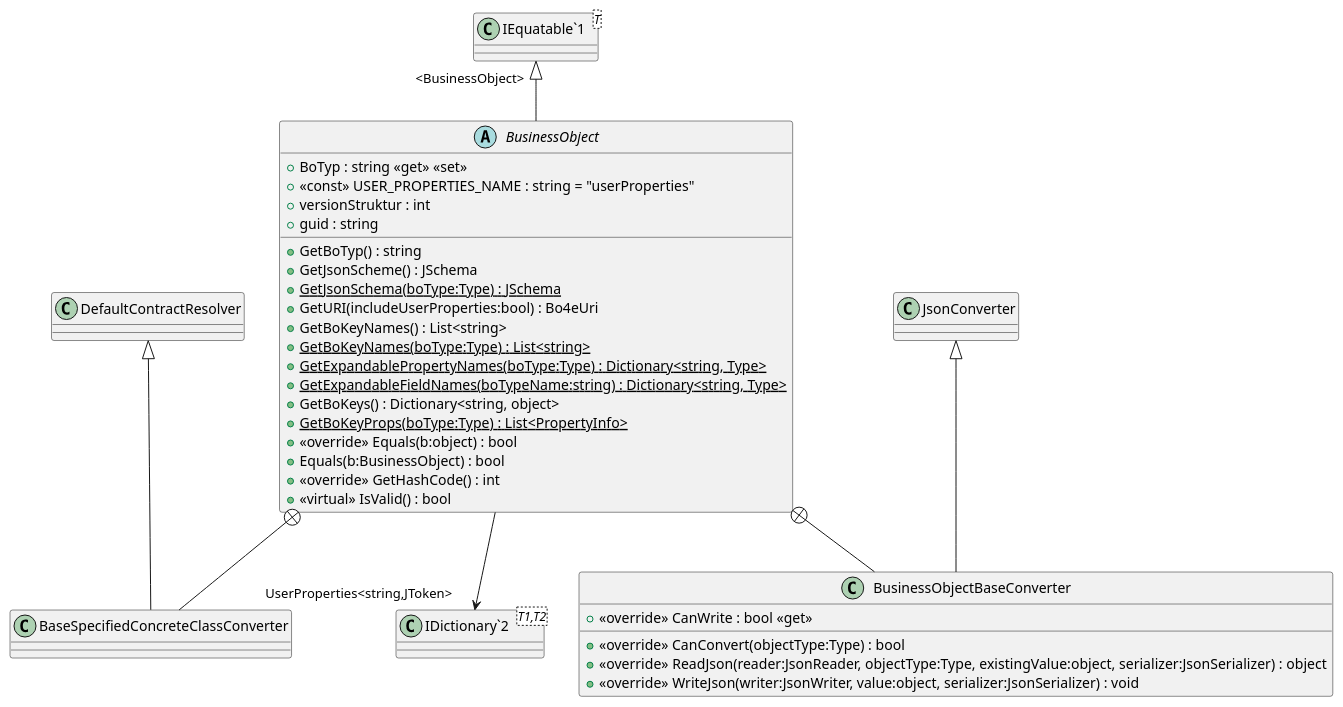
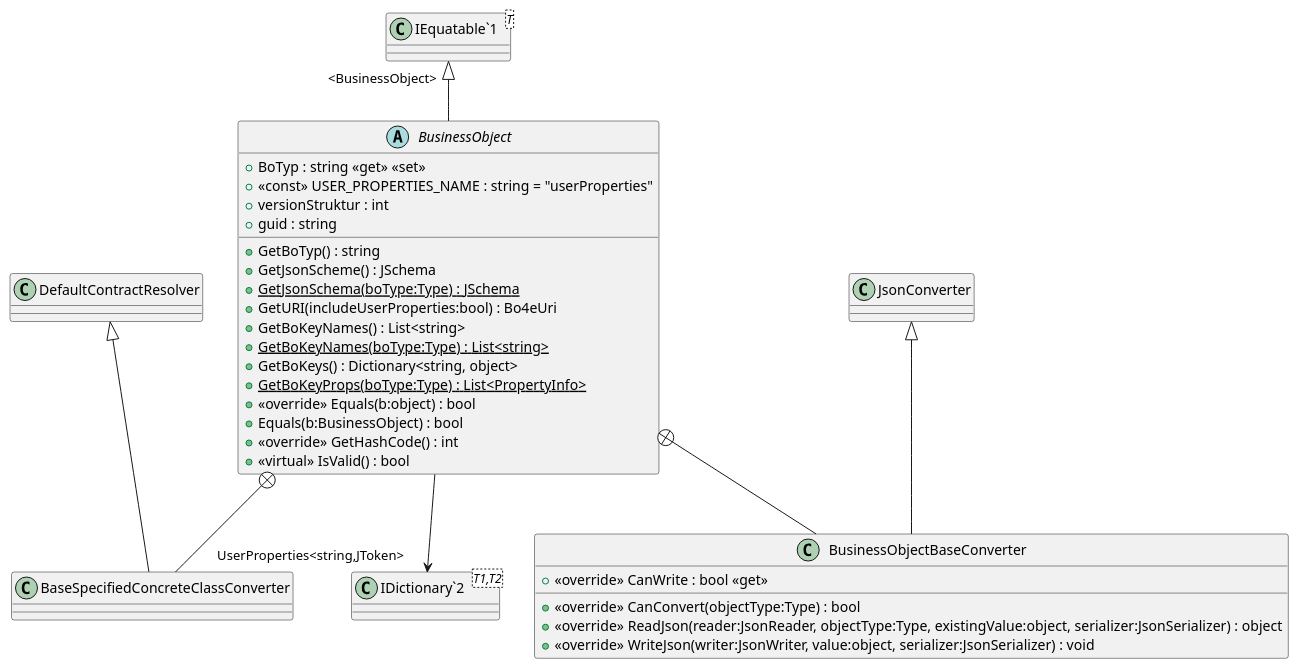
One commit to Hochfrequenz/BO4E-dotnet changed the diagram in puml-files/BO/BusinessObject.puml. Above: the diagram before and after it, drawn with PlantUML. The commit also changed 9 other files, not shown here.

```diff
--- a/puml-files/BO/BusinessObject.puml
+++ b/puml-files/BO/BusinessObject.puml
@@ -1,40 +1,38 @@
 @startuml
 abstract class BusinessObject {
     + BoTyp : string <<get>> <<set>>
     + <<const>> USER_PROPERTIES_NAME : string = "userProperties"
     + GetBoTyp() : string
     + versionStruktur : int
     + guid : string
     + GetJsonScheme() : JSchema
     + {static} GetJsonSchema(boType:Type) : JSchema
     + GetURI(includeUserProperties:bool) : Bo4eUri
     + GetBoKeyNames() : List<string>
     + {static} GetBoKeyNames(boType:Type) : List<string>
-    + {static} GetExpandablePropertyNames(boType:Type) : Dictionary<string, Type>
-    + {static} GetExpandableFieldNames(boTypeName:string) : Dictionary<string, Type>
     + GetBoKeys() : Dictionary<string, object>
     + {static} GetBoKeyProps(boType:Type) : List<PropertyInfo>
     + <<override>> Equals(b:object) : bool
     + Equals(b:BusinessObject) : bool
     + <<override>> GetHashCode() : int
     + <<virtual>> IsValid() : bool
 }
 class "IEquatable`1"<T> {
 }
 class "IDictionary`2"<T1,T2> {
 }
 class BaseSpecifiedConcreteClassConverter {
 }
 class BusinessObjectBaseConverter {
     + <<override>> CanConvert(objectType:Type) : bool
     + <<override>> ReadJson(reader:JsonReader, objectType:Type, existingValue:object, serializer:JsonSerializer) : object
     + <<override>> CanWrite : bool <<get>>
     + <<override>> WriteJson(writer:JsonWriter, value:object, serializer:JsonSerializer) : void
 }
 "IEquatable`1" "<BusinessObject>" <|-- BusinessObject
 BusinessObject --> "UserProperties<string,JToken>" "IDictionary`2"
 BusinessObject +-- BaseSpecifiedConcreteClassConverter
 DefaultContractResolver <|-- BaseSpecifiedConcreteClassConverter
 BusinessObject +-- BusinessObjectBaseConverter
 JsonConverter <|-- BusinessObjectBaseConverter
 @enduml
```
